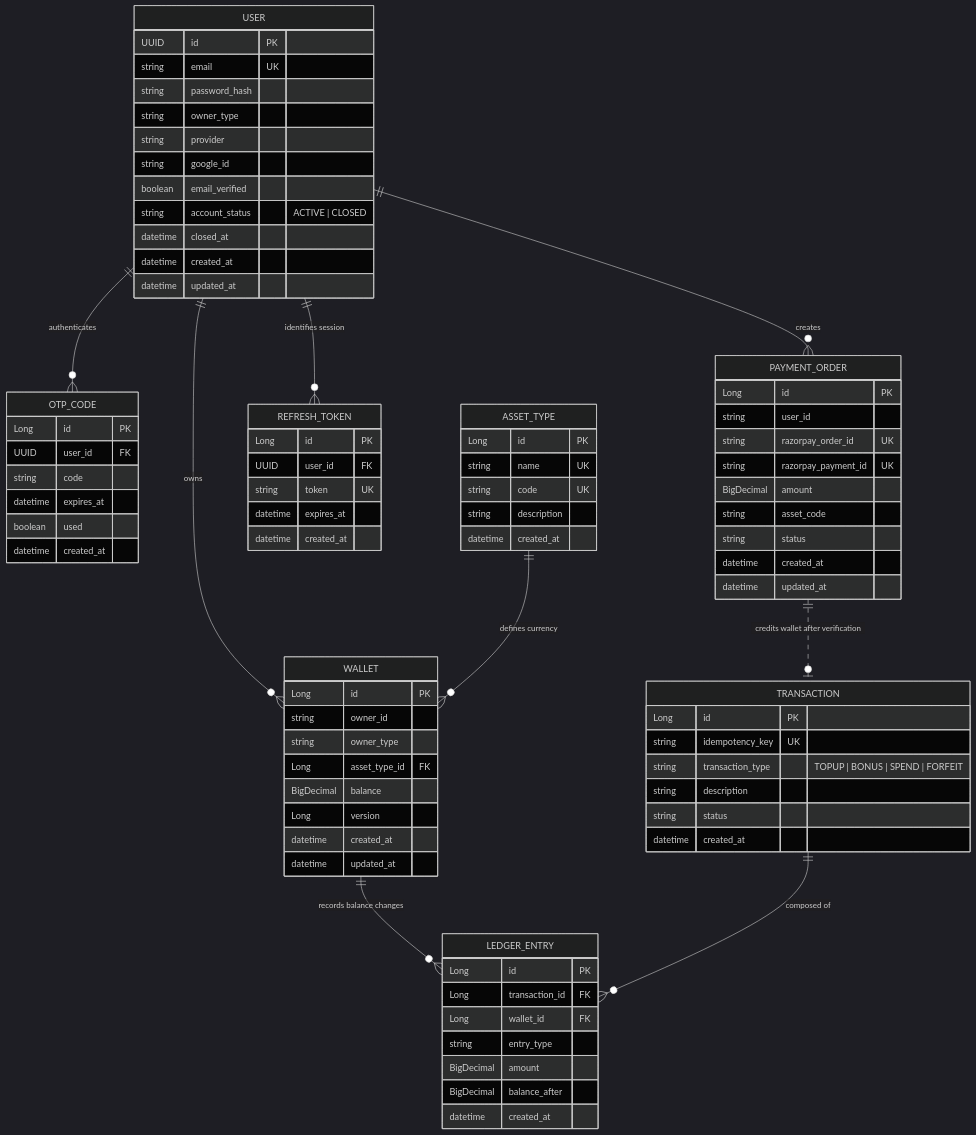
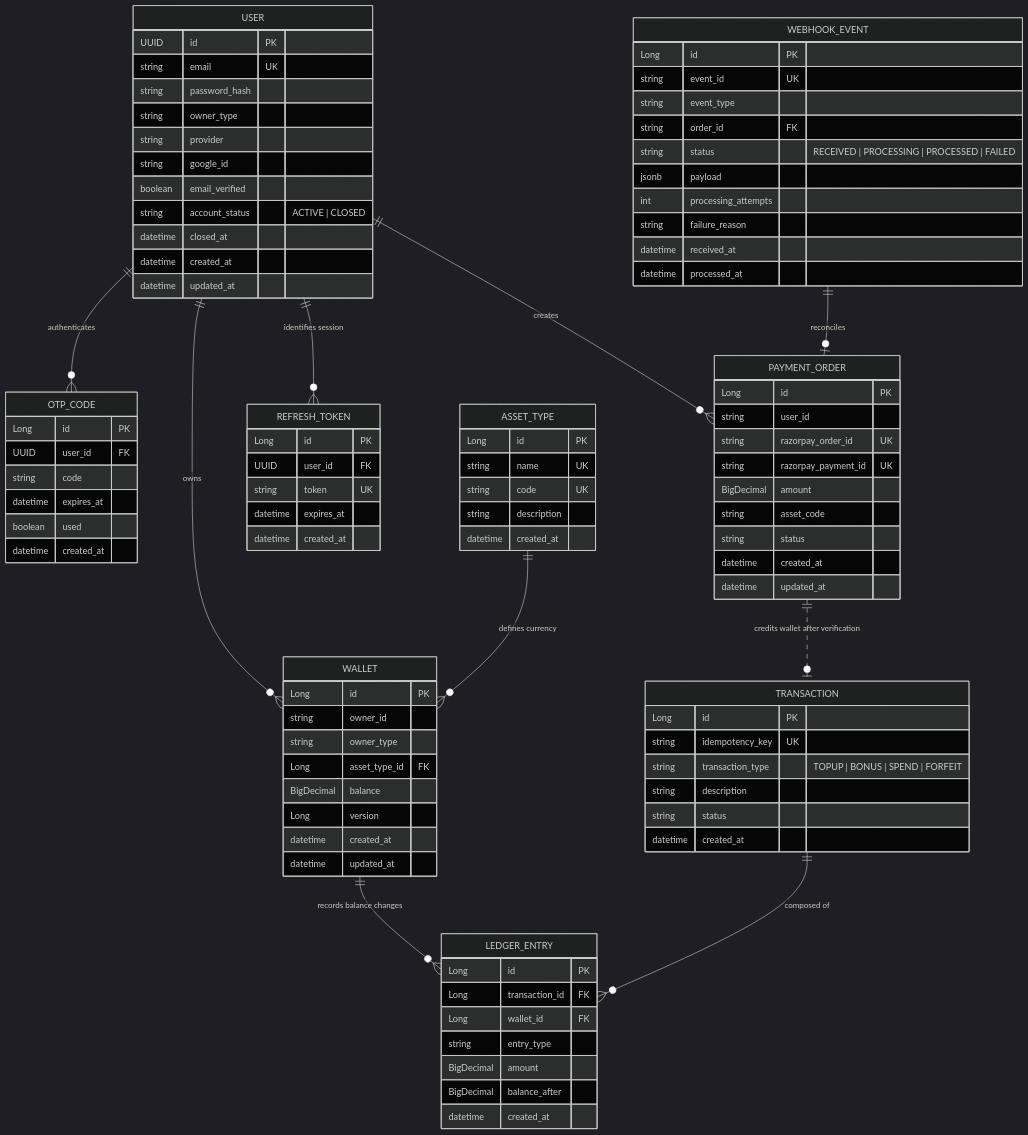
The second of 4 diagrams in README.md (abhi01-01/Wallet-Service), drawn with Mermaid (dark theme) before and after one commit. The commit also changed other lines of this file and 22 other files, not shown here.

```diff
--- a/README.md
+++ b/README.md
@@ -52,6 +115,7 @@
     WALLET ||--o{ LEDGER_ENTRY : "records balance changes"
     TRANSACTION ||--o{ LEDGER_ENTRY : "composed of"
     PAYMENT_ORDER ||..o| TRANSACTION : "credits wallet after verification"
+    WEBHOOK_EVENT ||--o| PAYMENT_ORDER : "reconciles"
 
     USER {
         UUID id PK
@@ -65,6 +129,19 @@
         datetime closed_at
         datetime created_at
         datetime updated_at
+    }
+
+    WEBHOOK_EVENT {
+        Long id PK
+        string event_id UK
+        string event_type
+        string order_id FK
+        string status "RECEIVED | PROCESSING | PROCESSED | FAILED"
+        jsonb payload
+        int processing_attempts
+        string failure_reason
+        datetime received_at
+        datetime processed_at
     }
 
     REFRESH_TOKEN {
```
